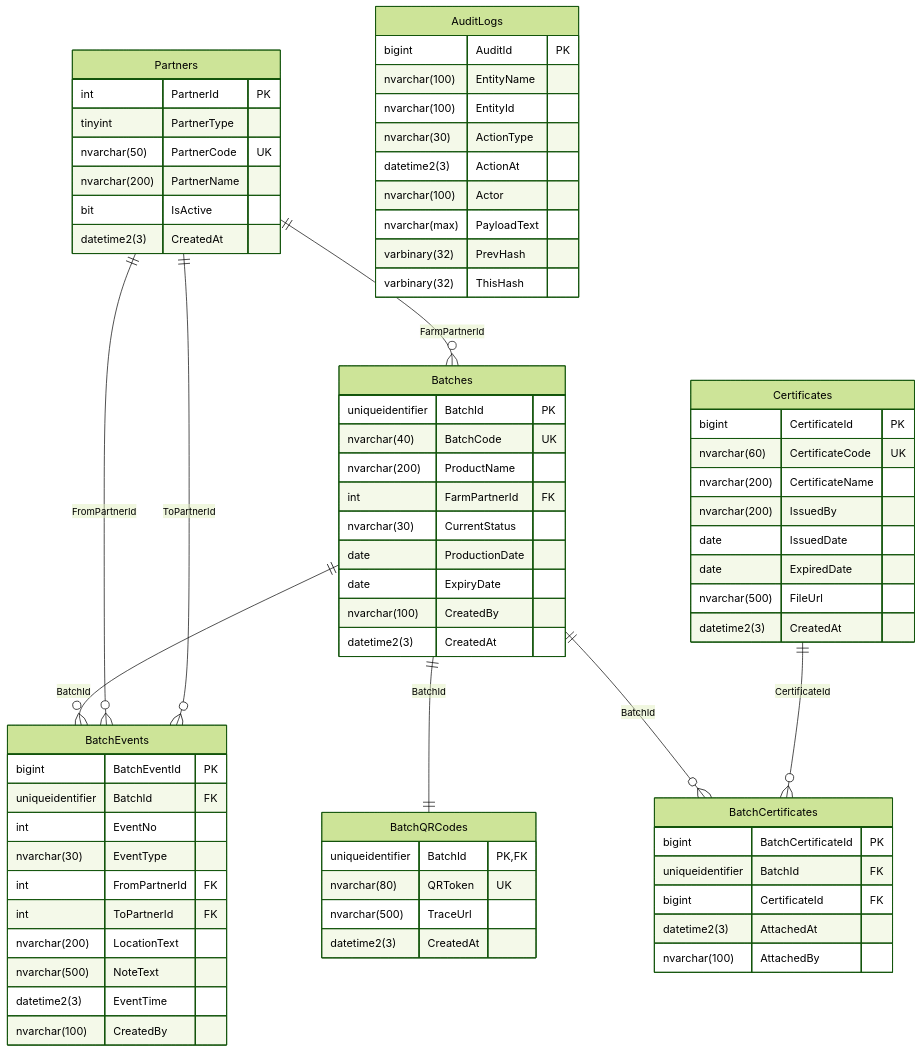
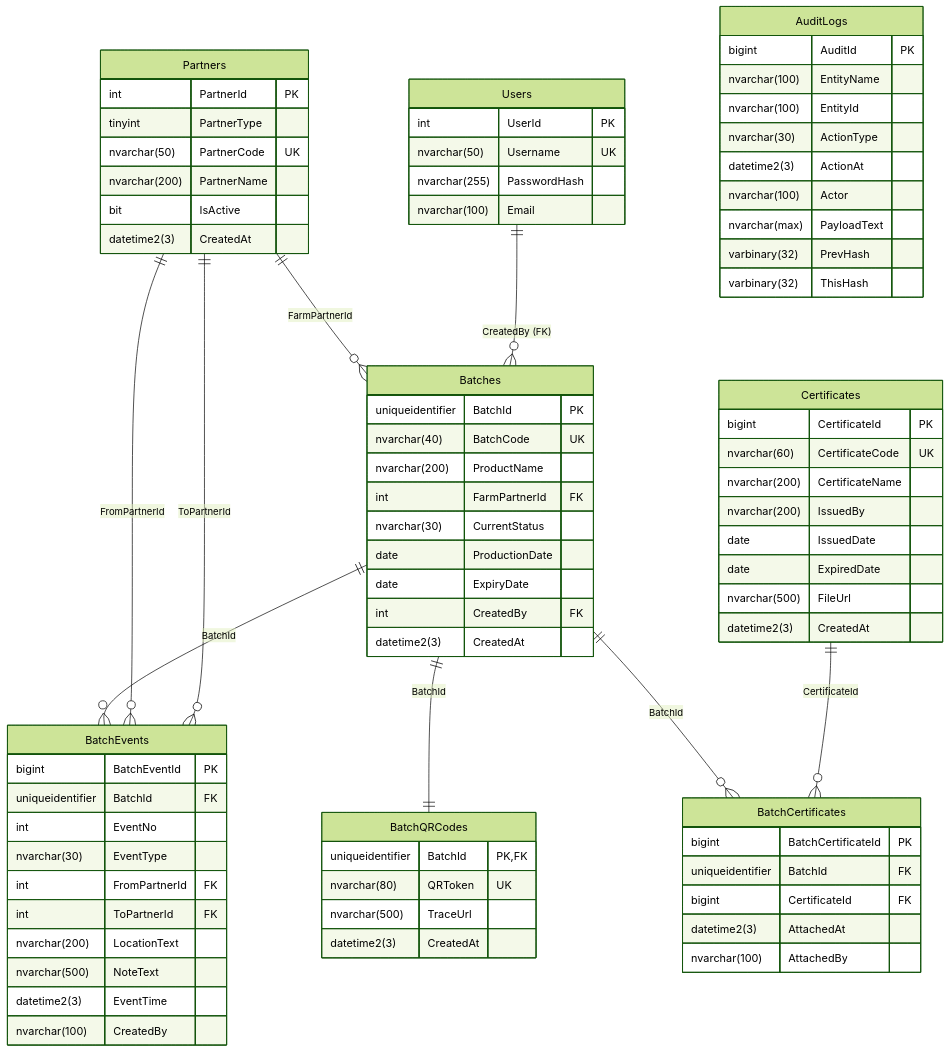
The diagram in Database/DATABASE-ERD-AND-DATA-DICTIONARY.md (boakang/BlueFood_backend), drawn with Mermaid (forest theme) before and after one commit. The commit also changed other lines of this file and 7 other files, not shown here.

```diff
--- a/Database/DATABASE-ERD-AND-DATA-DICTIONARY.md
+++ b/Database/DATABASE-ERD-AND-DATA-DICTIONARY.md
@@ -14,6 +14,14 @@
     Batches ||--|| BatchQRCodes : "BatchId"
     Batches ||--o{ BatchCertificates : "BatchId"
     Certificates ||--o{ BatchCertificates : "CertificateId"
+    Users ||--o{ Batches : "CreatedBy (FK)"
+
+    Users {
+        int UserId PK
+        nvarchar(50) Username UK
+        nvarchar(255) PasswordHash
+        nvarchar(100) Email
+    }
 
     Partners {
         int PartnerId PK
@@ -32,7 +40,7 @@
         nvarchar(30) CurrentStatus
         date ProductionDate
         date ExpiryDate
-        nvarchar(100) CreatedBy
+        int CreatedBy FK
         datetime2(3) CreatedAt
     }
 
```
